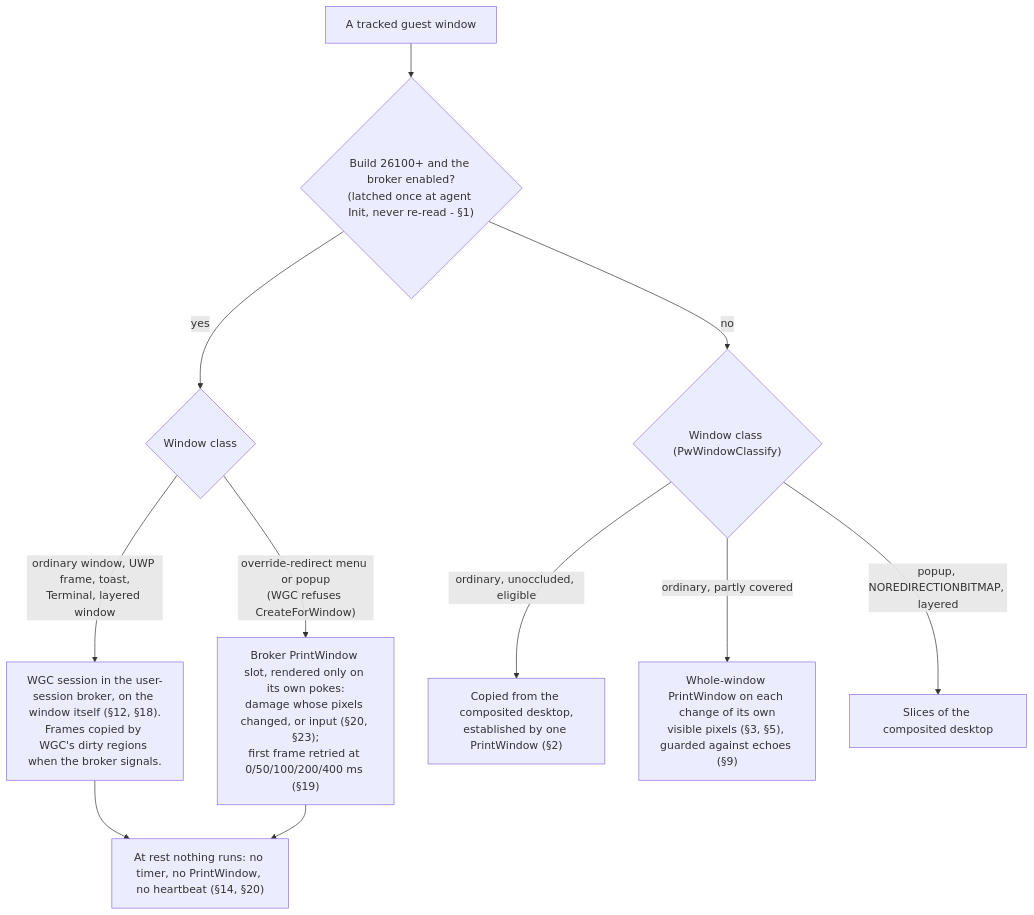
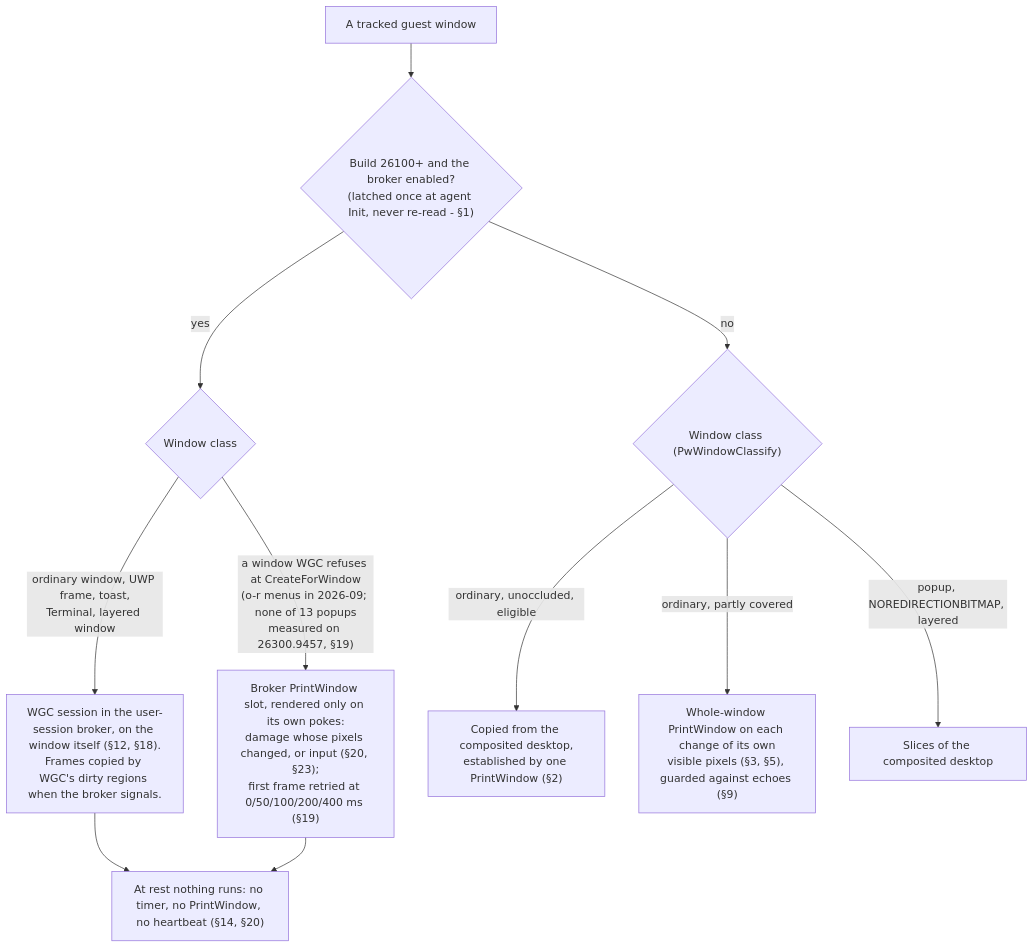
Before and after one commit to arkenoi/qubes-win-idd-driver: the first of 2 diagrams in docs/ADR-capture.md, drawn with Mermaid. The commit also changed other lines of this file and 4 other files, not shown here.

````diff
--- a/docs/ADR-capture.md
+++ b/docs/ADR-capture.md
@@ -35,13 +35,13 @@
 ```mermaid
 flowchart TD
     A["A tracked guest window"] --> B{"Build 26100+ and the broker enabled?<br/>(latched once at agent Init, never re-read - §1)"}
     B -->|yes| C{"Window class"}
     C -->|"ordinary window, UWP frame, toast,<br/>Terminal, layered window"| D["WGC session in the user-session broker, on the window itself (§12, §18).<br/>Frames copied by WGC's dirty regions when the broker signals."]
-    C -->|"override-redirect menu or popup<br/>(WGC refuses CreateForWindow)"| E["Broker PrintWindow slot, rendered only on its own pokes:<br/>damage whose pixels changed, or input (§20, §23);<br/>first frame retried at 0/50/100/200/400 ms (§19)"]
+    C -->|"a window WGC refuses at CreateForWindow<br/>(o-r menus in 2026-09; none of 13 popups<br/>measured on 26300.9457, §19)"| E["Broker PrintWindow slot, rendered only on its own pokes:<br/>damage whose pixels changed, or input (§20, §23);<br/>first frame retried at 0/50/100/200/400 ms (§19)"]
     B -->|no| F{"Window class (PwWindowClassify)"}
     F -->|"ordinary, unoccluded, eligible"| G["Copied from the composited desktop,<br/>established by one PrintWindow (§2)"]
     F -->|"ordinary, partly covered"| H["Whole-window PrintWindow on each change of its own<br/>visible pixels (§3, §5), guarded against echoes (§9)"]
     F -->|"popup, NOREDIRECTIONBITMAP, layered"| I["Slices of the composited desktop"]
     D --> J["At rest nothing runs: no timer, no PrintWindow, no heartbeat (§14, §20)"]
     E --> J
 ```
````
